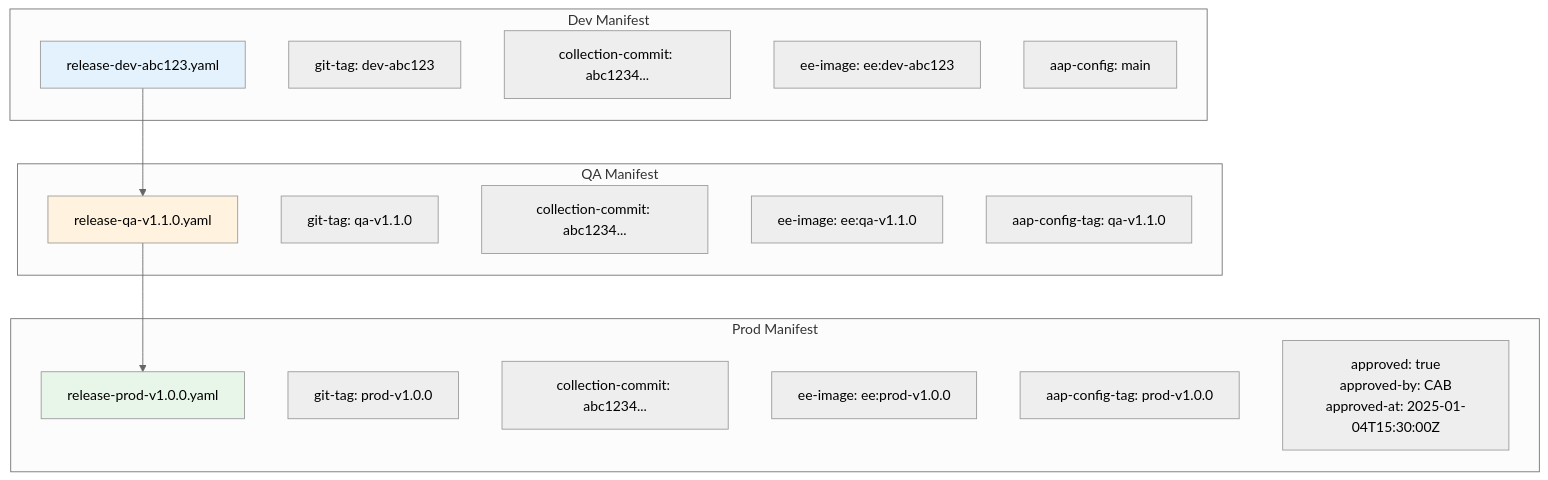
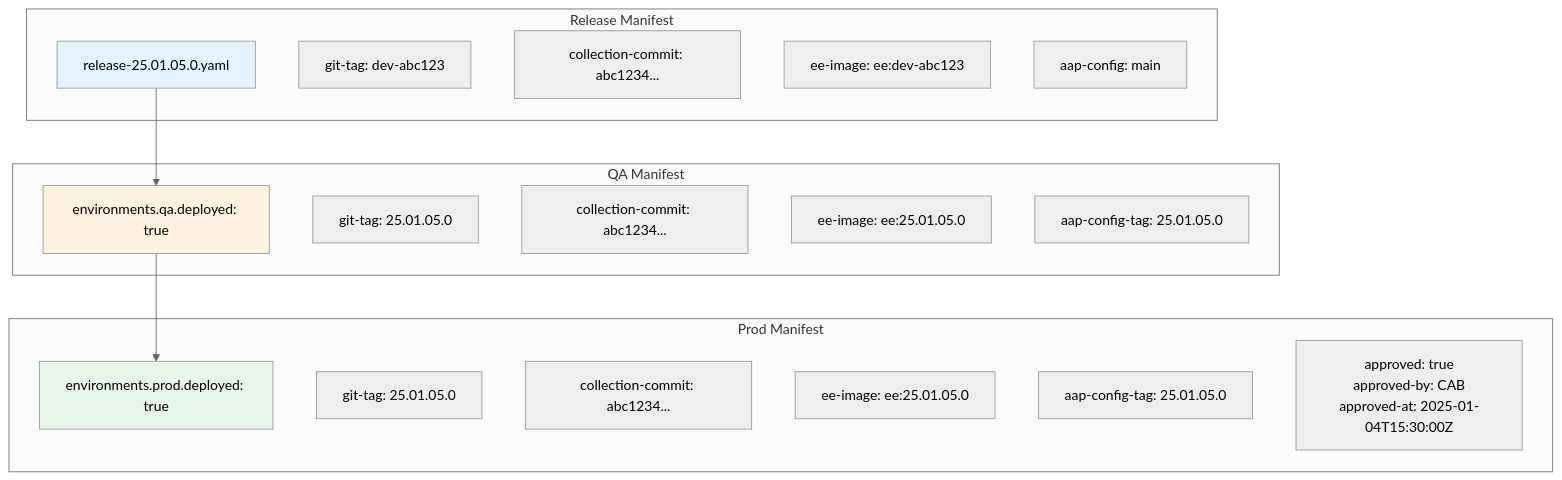
The third of 17 diagrams in docs/diagrams/PROMOTION-FLOW.md (djdanielsson/rh1-docs), drawn with Mermaid (neutral theme) before and after one commit. The commit also changed other lines of this file and 11 other files, not shown here.

````diff
--- a/docs/diagrams/PROMOTION-FLOW.md
+++ b/docs/diagrams/PROMOTION-FLOW.md
@@ -211,34 +211,34 @@
 ```mermaid
 graph TB
-    subgraph "Dev Manifest"
-        DEV_M["release-dev-abc123.yaml"]
+    subgraph "Release Manifest"
+        DEV_M["release-25.01.05.0.yaml"]
         DEV_TAG["git-tag: dev-abc123"]
         DEV_COL["collection-commit: abc1234..."]
         DEV_EE["ee-image: ee:dev-abc123"]
         DEV_AAP["aap-config: main"]
     end
 
     subgraph "QA Manifest"
-        QA_M["release-qa-v1.1.0.yaml"]
-        QA_TAG["git-tag: qa-v1.1.0"]
+        QA_M["environments.qa.deployed: true"]
+        QA_TAG["git-tag: 25.01.05.0"]
         QA_COL["collection-commit: abc1234..."]
-        QA_EE["ee-image: ee:qa-v1.1.0"]
-        QA_AAP["aap-config-tag: qa-v1.1.0"]
+        QA_EE["ee-image: ee:25.01.05.0"]
+        QA_AAP["aap-config-tag: 25.01.05.0"]
     end
 
     subgraph "Prod Manifest"
-        PROD_M["release-prod-v1.0.0.yaml"]
-        PROD_TAG["git-tag: prod-v1.0.0"]
+        PROD_M["environments.prod.deployed: true"]
+        PROD_TAG["git-tag: 25.01.05.0"]
         PROD_COL["collection-commit: abc1234..."]
-        PROD_EE["ee-image: ee:prod-v1.0.0"]
-        PROD_AAP["aap-config-tag: prod-v1.0.0"]
+        PROD_EE["ee-image: ee:25.01.05.0"]
+        PROD_AAP["aap-config-tag: 25.01.05.0"]
         PROD_APPROVED["approved: true<br/>approved-by: CAB<br/>approved-at: 2025-01-04T15:30:00Z"]
     end
 
     DEV_M --> QA_M
     QA_M --> PROD_M
 
     style DEV_M fill:#e3f2fd
     style QA_M fill:#fff3e0
     style PROD_M fill:#e8f5e9
 ```
````
